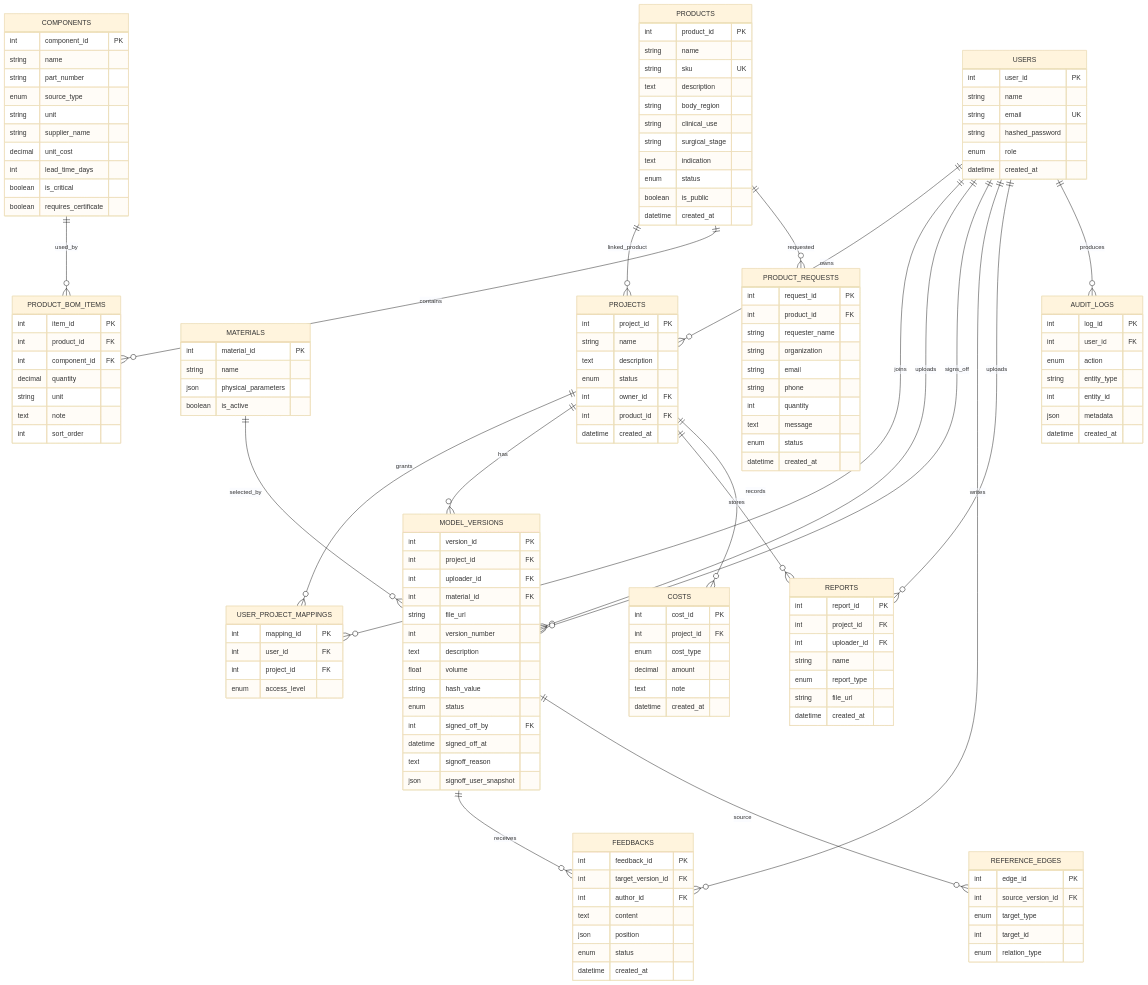
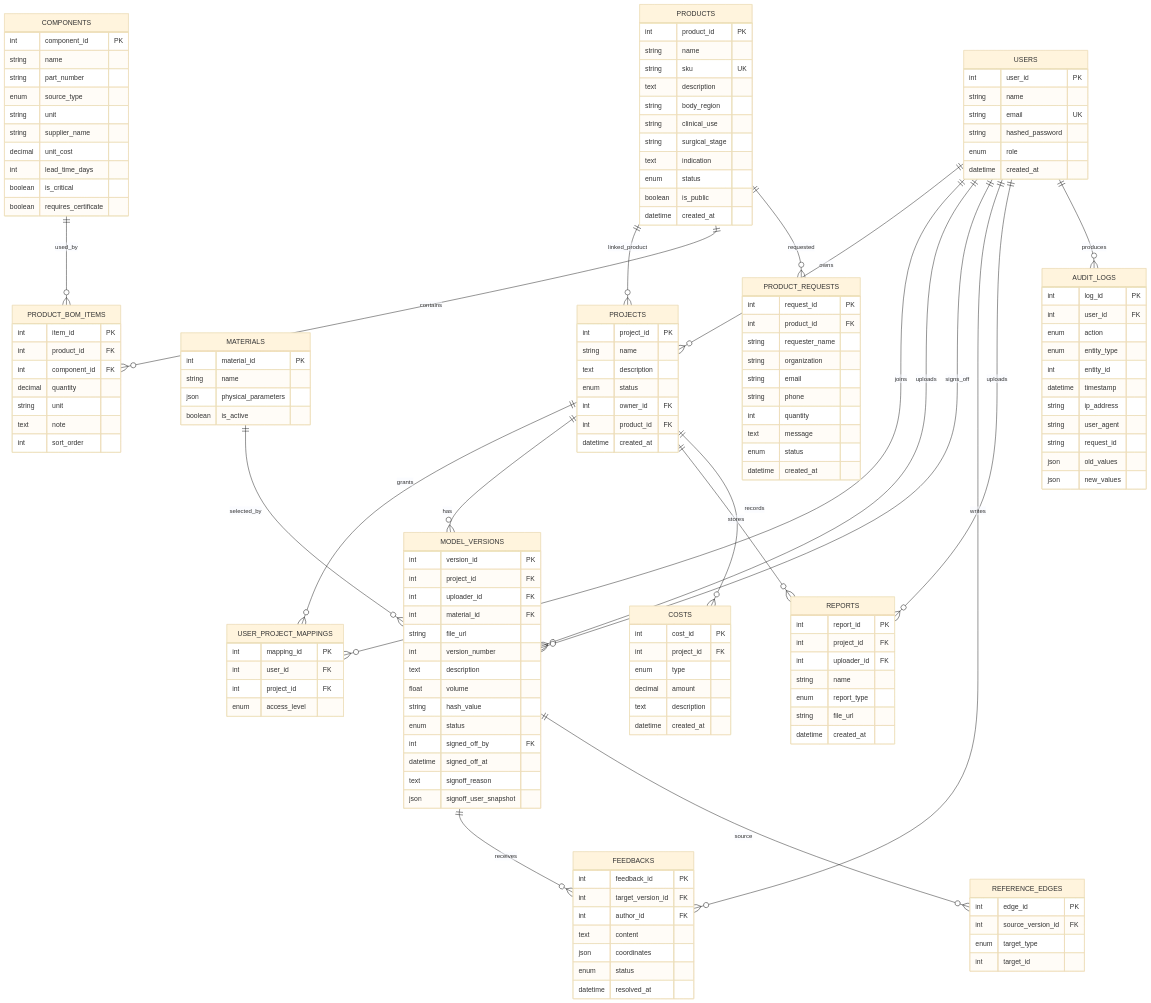
The second of 6 diagrams in 期末專案報告.md (lalyuns/sleek-medtech), drawn with Mermaid (base theme) before and after one commit. The commit also changed other lines of this file and 16 other files, not shown here.

```diff
--- a/期末專案報告.md
+++ b/期末專案報告.md
@@ -497,9 +497,9 @@
         int target_version_id FK
         int author_id FK
         text content
-        json position
+        json coordinates
         enum status
-        datetime created_at
+        datetime resolved_at
     }
 
     REPORTS {
@@ -517,15 +517,14 @@
         int source_version_id FK
         enum target_type
         int target_id
-        enum relation_type
     }
 
     COSTS {
         int cost_id PK
         int project_id FK
-        enum cost_type
+        enum type
         decimal amount
-        text note
+        text description
         datetime created_at
     }
 
@@ -533,10 +532,14 @@
         int log_id PK
         int user_id FK
         enum action
-        string entity_type
+        enum entity_type
         int entity_id
-        json metadata
-        datetime created_at
+        datetime timestamp
+        string ip_address
+        string user_agent
+        string request_id
+        json old_values
+        json new_values
     }
 
     PRODUCTS {
```
